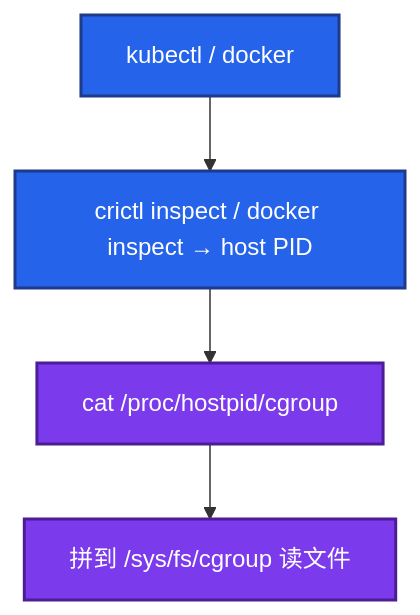
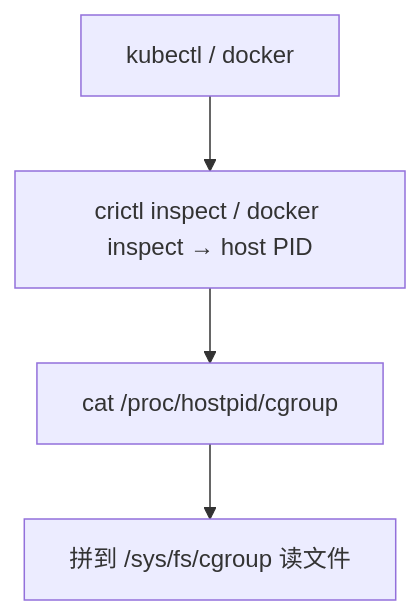
The fifth of 6 diagrams in 01-基础底座/10-cgroup与容器/练习题.md (ml-cuizijun/LearnToLilith), drawn with Mermaid before and after one commit. The commit also changed other lines of this file and 470 other files, not shown here.

````diff
--- a/01-基础底座/10-cgroup与容器/练习题.md
+++ b/01-基础底座/10-cgroup与容器/练习题.md
@@ -295,10 +290,6 @@
 ```mermaid
 flowchart TB
     A[kubectl / docker] --> B[crictl inspect / docker inspect → host PID]
     B --> C["cat /proc/hostpid/cgroup"]
     C --> D[拼到 /sys/fs/cgroup 读文件]
-    classDef a fill:#2563EB,stroke:#1E3A8A,stroke-width:2px,color:#fff
-    classDef b fill:#7C3AED,stroke:#4C1D95,stroke-width:2px,color:#fff
-    class A,B a
-    class C,D b
 ```
````
